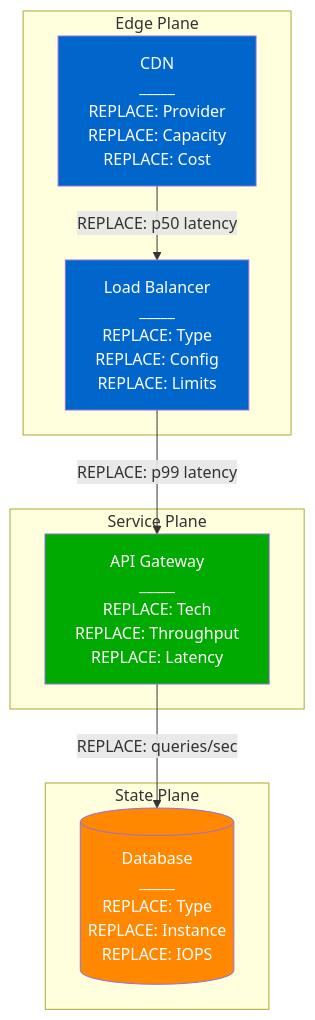
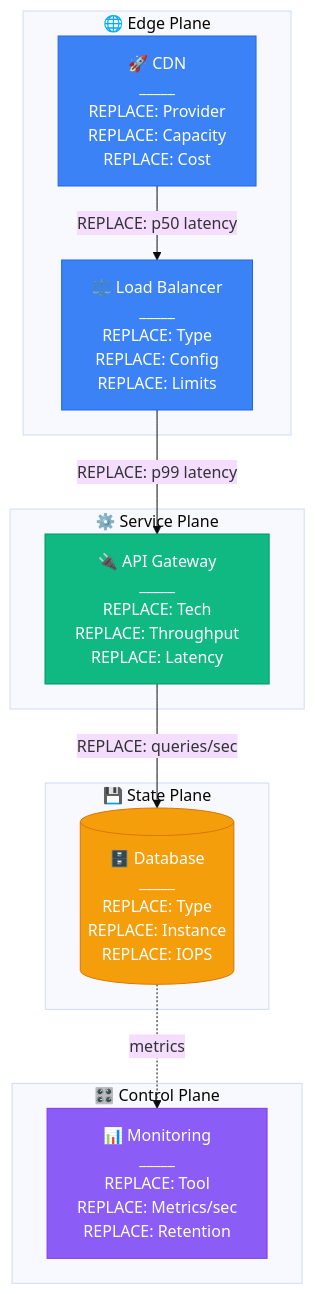
The diagram in site/execution/DIAGRAM_STRATEGY.md (deepaucksharma/DS), drawn with Mermaid before and after one commit. The commit also changed other lines of this file and 5 other files, not shown here.

````diff
--- a/site/execution/DIAGRAM_STRATEGY.md
+++ b/site/execution/DIAGRAM_STRATEGY.md
@@ -155,33 +155,43 @@
 ```mermaid
-%% TEMPLATE: Production Architecture (Copy and Modify)
+%%{init: {'theme':'base', 'themeVariables': { 'fontSize': '16px'}}}%%
+%% TEMPLATE: Production Architecture with Interactive Features
+%% Note: Zoom, pan, and fullscreen enabled automatically
 graph TB
-    %% Edge Plane (Always Blue)
-    subgraph Edge["Edge Plane"]
-        CDN[CDN<br/>_____<br/>REPLACE: Provider<br/>REPLACE: Capacity<br/>REPLACE: Cost]
-        LB[Load Balancer<br/>_____<br/>REPLACE: Type<br/>REPLACE: Config<br/>REPLACE: Limits]
+    %% Edge Plane (Tailwind Blue-500)
+    subgraph Edge["🌐 Edge Plane"]
+        CDN["🚀 CDN<br/>_____<br/>REPLACE: Provider<br/>REPLACE: Capacity<br/>REPLACE: Cost"]
+        LB["⚖️ Load Balancer<br/>_____<br/>REPLACE: Type<br/>REPLACE: Config<br/>REPLACE: Limits"]
     end
 
-    %% Service Plane (Always Green)
-    subgraph Service["Service Plane"]
-        API[API Gateway<br/>_____<br/>REPLACE: Tech<br/>REPLACE: Throughput<br/>REPLACE: Latency]
+    %% Service Plane (Tailwind Emerald-500)
+    subgraph Service["⚙️ Service Plane"]
+        API["🔌 API Gateway<br/>_____<br/>REPLACE: Tech<br/>REPLACE: Throughput<br/>REPLACE: Latency"]
     end
 
-    %% State Plane (Always Orange)
-    subgraph State["State Plane"]
-        DB[(Database<br/>_____<br/>REPLACE: Type<br/>REPLACE: Instance<br/>REPLACE: IOPS)]
+    %% State Plane (Tailwind Amber-500)
+    subgraph State["💾 State Plane"]
+        DB[("🗄️ Database<br/>_____<br/>REPLACE: Type<br/>REPLACE: Instance<br/>REPLACE: IOPS")]
+    end
+
+    %% Control Plane (Tailwind Violet-500)
+    subgraph Control["🎛️ Control Plane"]
+        MON["📊 Monitoring<br/>_____<br/>REPLACE: Tool<br/>REPLACE: Metrics/sec<br/>REPLACE: Retention"]
     end
 
     %% Add actual metrics on edges
     CDN -->|REPLACE: p50 latency| LB
     LB -->|REPLACE: p99 latency| API
     API -->|REPLACE: queries/sec| DB
+    DB -.->|metrics| MON
 
-    %% Apply standard colors
-    classDef edge fill:#0066CC,color:#fff
-    classDef service fill:#00AA00,color:#fff
-    classDef state fill:#FF8800,color:#fff
+    %% Apply new Tailwind-inspired colors
+    classDef edgeStyle fill:#3B82F6,stroke:#2563EB,color:#fff
+    classDef serviceStyle fill:#10B981,stroke:#059669,color:#fff
+    classDef stateStyle fill:#F59E0B,stroke:#D97706,color:#fff
+    classDef controlStyle fill:#8B5CF6,stroke:#7C3AED,color:#fff
 
-    class CDN,LB edge
-    class API service
-    class DB state
+    class CDN,LB edgeStyle
+    class API serviceStyle
+    class DB stateStyle
+    class MON controlStyle
 ```
````
